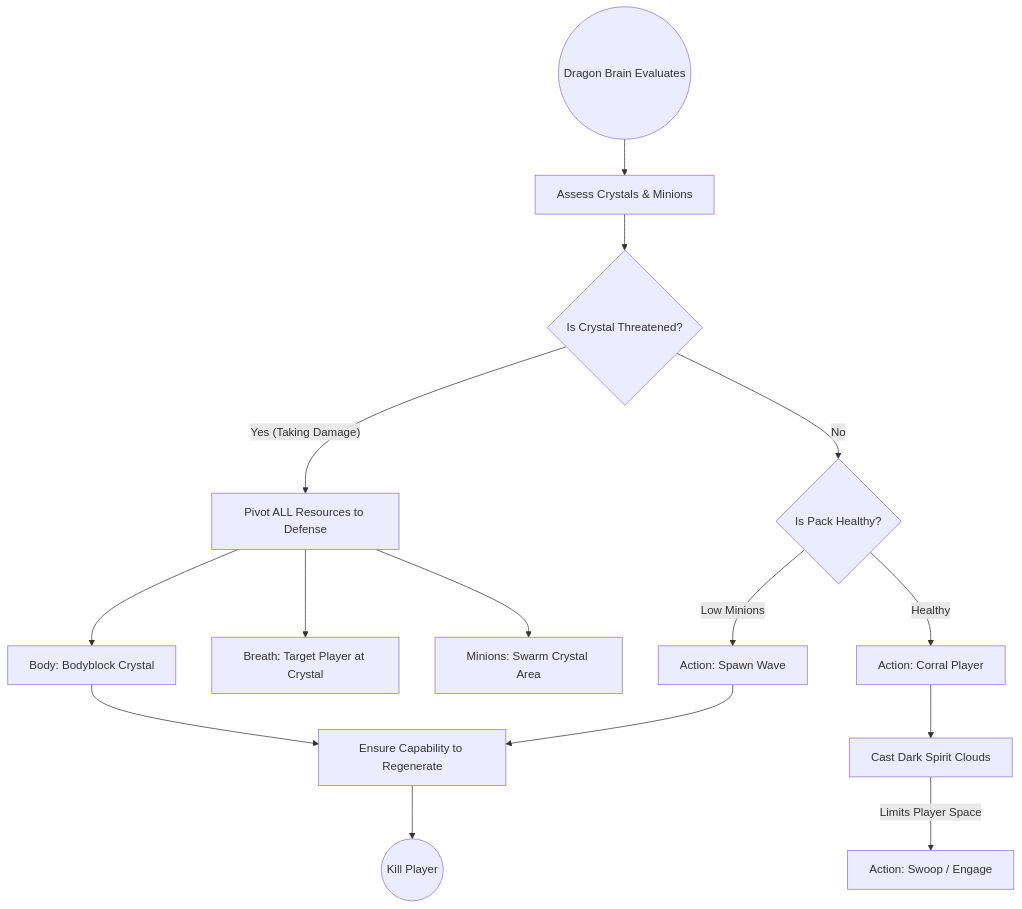
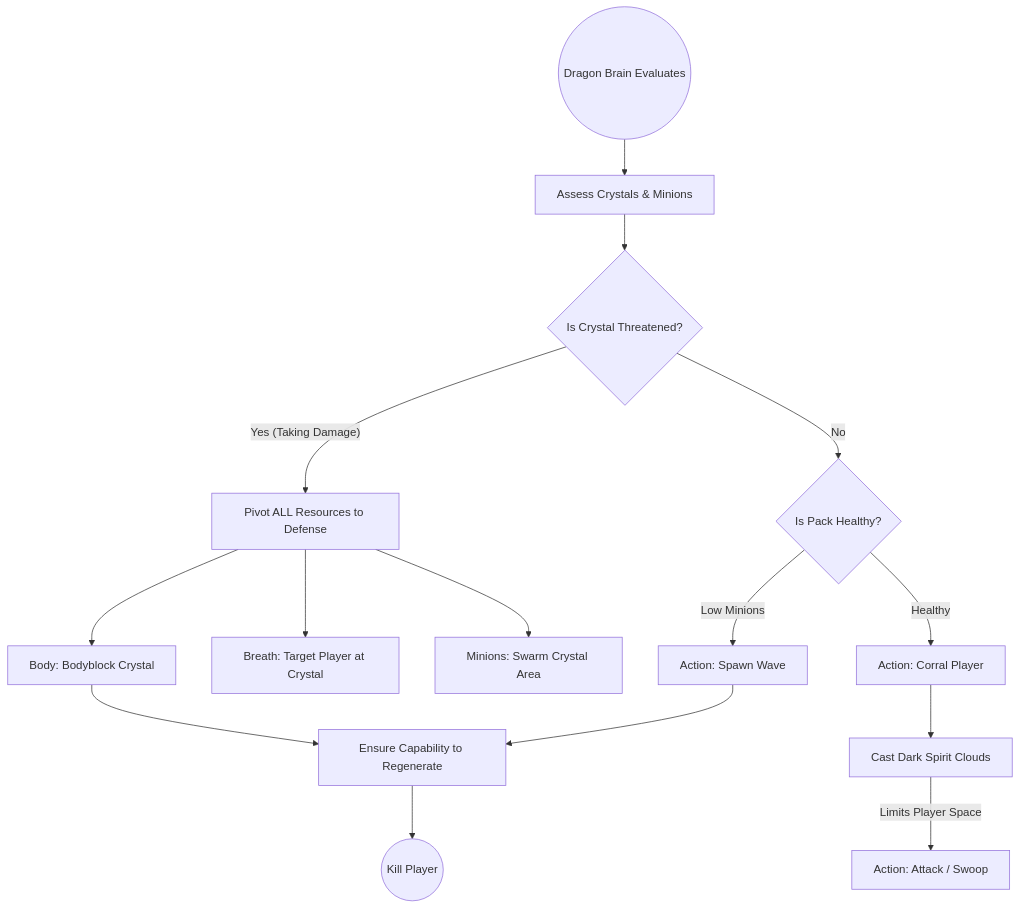
The second of 6 diagrams in Quest_Machine_Dragon_Brain_Docs.md (NatalieC001/dragonDump), drawn with Mermaid before and after one commit. The commit also changed other lines of this file, not shown here.

First line of the commit message:
Decouple DragonActionListeners and streamline logic

````diff
--- a/Quest_Machine_Dragon_Brain_Docs.md
+++ b/Quest_Machine_Dragon_Brain_Docs.md
@@ -64,22 +64,22 @@
 ```mermaid
 graph TD
     StartDragon((Dragon Brain Evaluates)) --> CheckSupplyLines[Assess Crystals & Minions]
     
     CheckSupplyLines --> IsCrystalSafe{Is Crystal Threatened?}
     IsCrystalSafe -- Yes (Taking Damage) --> PivotToDefense[Pivot ALL Resources to Defense]
     IsCrystalSafe -- No --> ManagePack{Is Pack Healthy?}
     
     PivotToDefense --> CommandBody[Body: Bodyblock Crystal]
     PivotToDefense --> CommandBreath[Breath: Target Player at Crystal]
     PivotToDefense --> CommandMinions[Minions: Swarm Crystal Area]
     
     ManagePack -- Low Minions --> SpawnMinions[Action: Spawn Wave]
     ManagePack -- Healthy --> CorralPlayer[Action: Corral Player]
     
     CorralPlayer --> CastClouds[Cast Dark Spirit Clouds]
-    CastClouds -->|Limits Player Space| ExecuteAttack[Action: Swoop / Engage]
+    CastClouds -->|Limits Player Space| ExecuteAttack[Action: Attack / Swoop]
     
     CommandBody --> ProtectRecovery[Ensure Capability to Regenerate]
     SpawnMinions --> ProtectRecovery
     ProtectRecovery --> KillPlayer((Kill Player))
 ```
````
